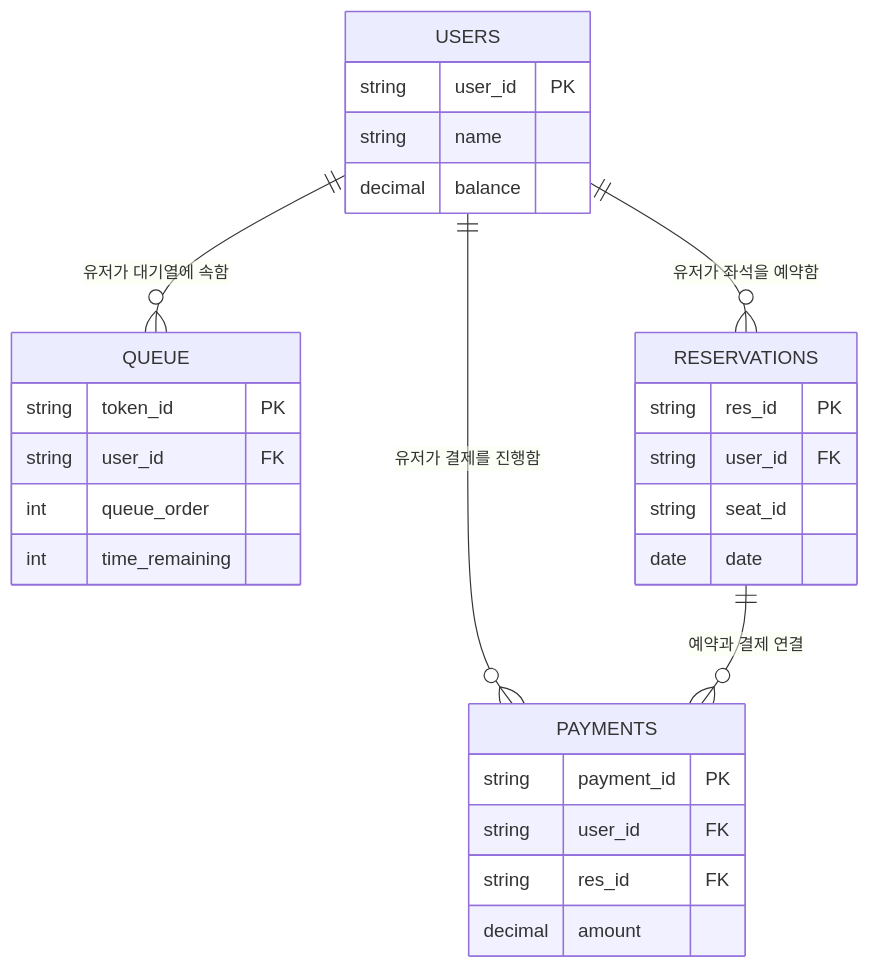
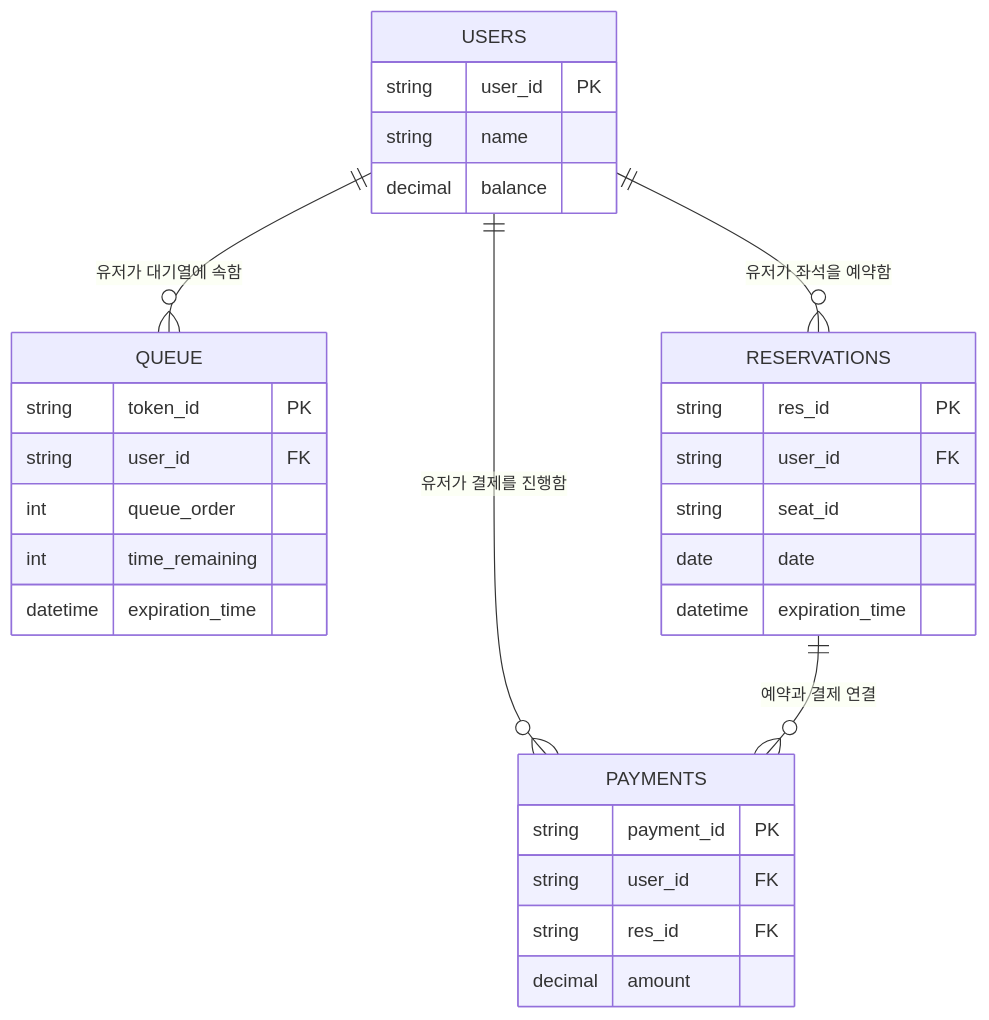
Before and after one commit to JEONGBEOMKO/hhplus-concert: the diagram in hhplus-concert/src/docs/erd.md, drawn with Mermaid. The commit also changed other lines of this file and 1 other file, not shown here.

First line of the commit message:
Ref: ERD 수정, 시퀀스 다이어그램 수정

````diff
--- a/hhplus-concert/src/docs/erd.md
+++ b/hhplus-concert/src/docs/erd.md
@@ -1,39 +1,41 @@
 ```mermaid
 erDiagram
     %% Users 테이블: 사용자 정보 및 잔액 관리
     USERS {
       string user_id PK
       string name
       decimal balance
     }
 
     %% Queue 테이블: 유저의 대기열 관리
     QUEUE {
       string token_id PK
       string user_id FK
       int queue_order
       int time_remaining
+      datetime expiration_time
     }
 
     %% Reservations 테이블: 유저가 예약한 좌석과 날짜 정보 관리
     RESERVATIONS {
       string res_id PK
       string user_id FK
       string seat_id
       date date
+      datetime expiration_time
     }
 
     %% Payments 테이블: 결제 내역 관리
     PAYMENTS {
       string payment_id PK
       string user_id FK
       string res_id FK
       decimal amount
     }
 
     %% 테이블 간 관계 설정 (논리적 관계 기반, 실제 FK 제약 없음)
     USERS ||--o{ QUEUE: "유저가 대기열에 속함"
     USERS ||--o{ RESERVATIONS: "유저가 좌석을 예약함"
     USERS ||--o{ PAYMENTS: "유저가 결제를 진행함"
     RESERVATIONS ||--o{ PAYMENTS: "예약과 결제 연결"
 ```
````
